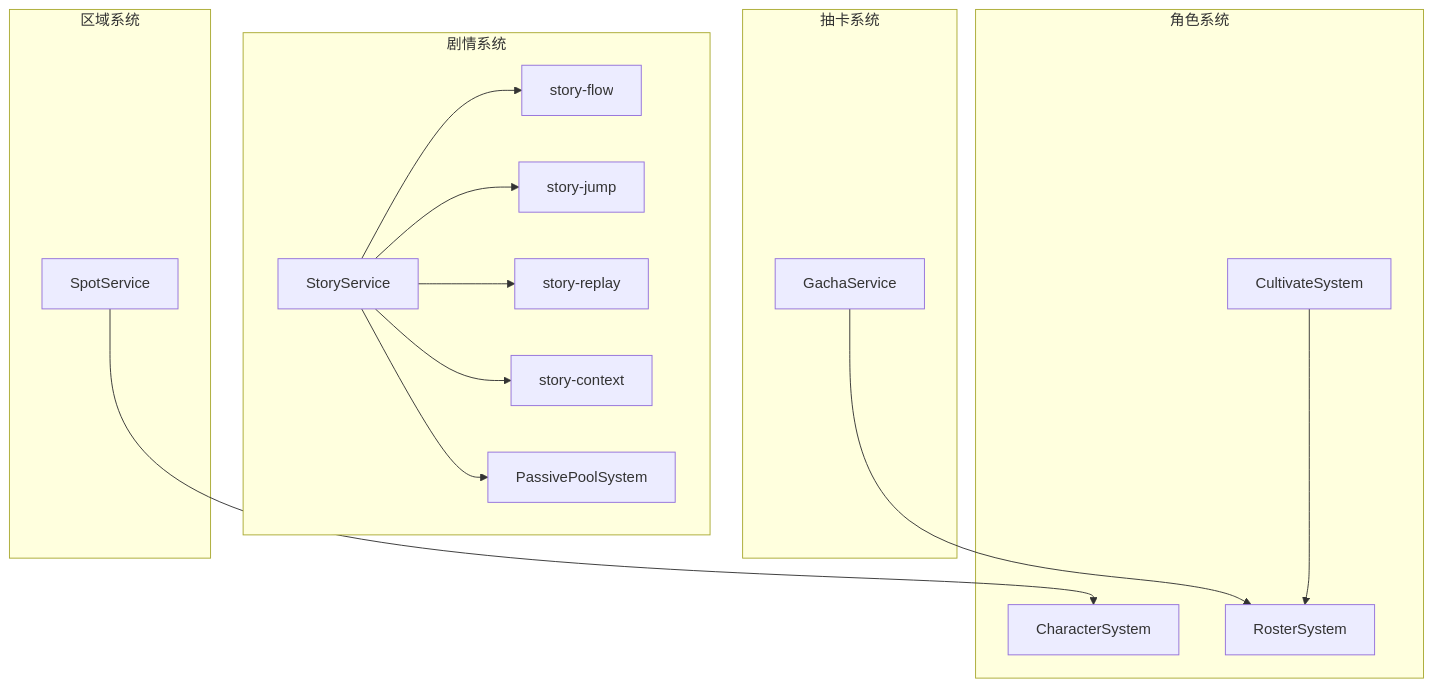
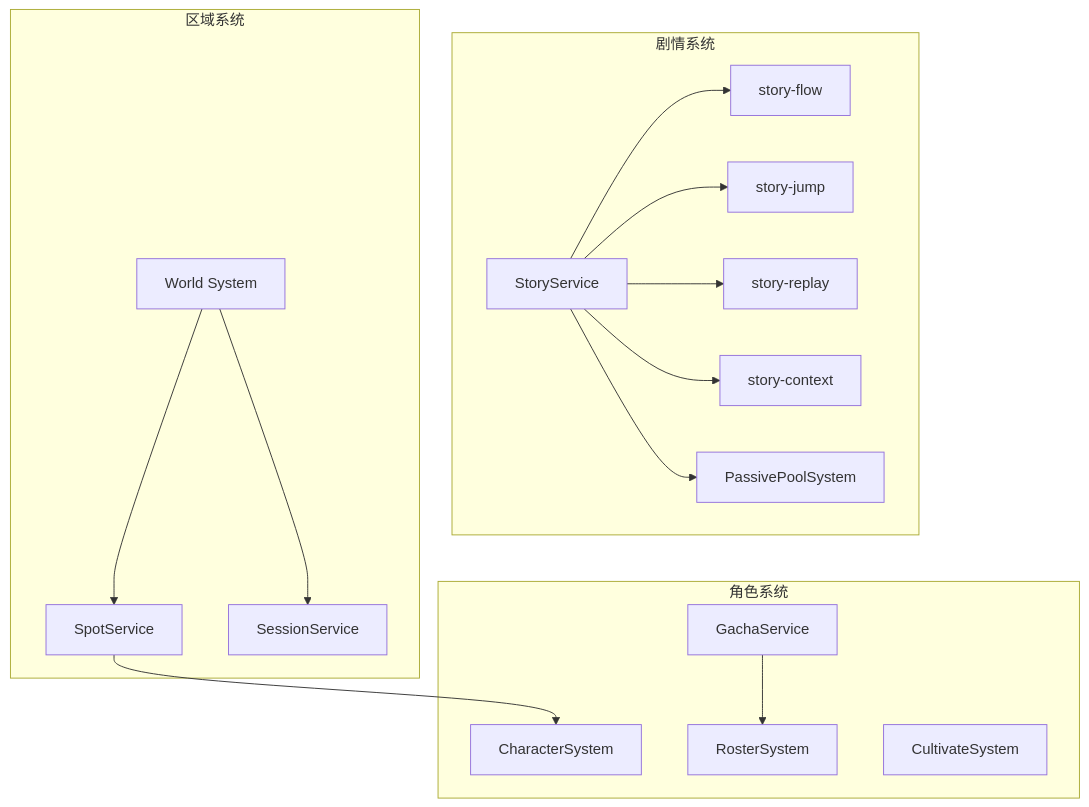
Before and after one commit to EsiLA9/Arona-Clicker: the first of 6 diagrams in .qoder/repowiki/zh/content/游戏系统/游戏系统.md, drawn with Mermaid. The commit also changed other lines of this file and 45 other files, not shown here.

````diff
--- a/.qoder/repowiki/zh/content/游戏系统/游戏系统.md
+++ b/.qoder/repowiki/zh/content/游戏系统/游戏系统.md
@@ -47,30 +67,31 @@
 ```mermaid
 graph TB
 subgraph "剧情系统"
 SS["StoryService"]
 SF["story-flow"]
 SJ["story-jump"]
 SR["story-replay"]
 SC["story-context"]
 PP["PassivePoolSystem"]
 end
 subgraph "角色系统"
 CS["CharacterSystem"]
 RS["RosterSystem"]
 CUS["CultivateSystem"]
-end
-subgraph "抽卡系统"
 GS["GachaService"]
 end
 subgraph "区域系统"
+WS["World System"]
 SP["SpotService"]
+SE["SessionService"]
 end
 SS --> SF
 SS --> SJ
 SS --> SR
 SS --> SC
 SS --> PP
+GS --> RS
 SP --> CS
-GS --> RS
-CUS --> RS
+WS --> SP
+WS --> SE
 ```
````
